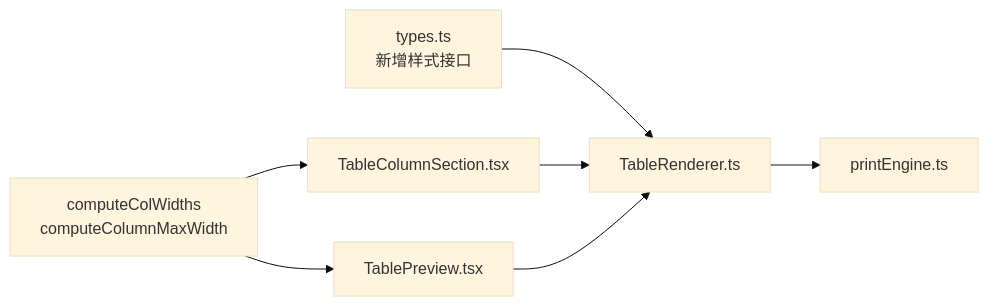
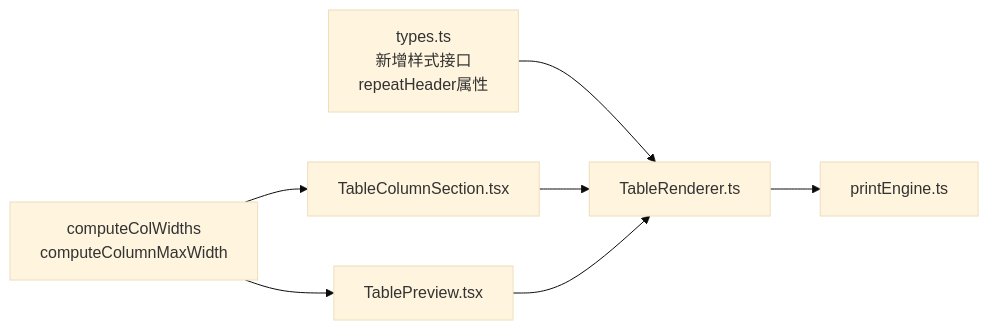
The fifth of 5 diagrams in .qoder/repowiki/zh/content/项目概述/核心特性/组件库系统/表格组件.md (joker-yjc/printer), drawn with Mermaid (base theme) before and after one commit. The commit also changed other lines of this file and 61 other files, not shown here.

````diff
--- a/.qoder/repowiki/zh/content/项目概述/核心特性/组件库系统/表格组件.md
+++ b/.qoder/repowiki/zh/content/项目概述/核心特性/组件库系统/表格组件.md
@@ -269,9 +297,9 @@
 ```mermaid
 graph LR
-Types["types.ts<br/>新增样式接口"] --> Renderer["TableRenderer.ts"]
+Types["types.ts<br/>新增样式接口<br/>repeatHeader属性"] --> Renderer["TableRenderer.ts"]
 Utils["computeColWidths<br/>computeColumnMaxWidth"] --> Preview["TablePreview.tsx"]
 Utils --> ColumnSection["TableColumnSection.tsx"]
 Renderer --> Engine["printEngine.ts"]
 ColumnSection --> Renderer
 Preview --> Renderer
 ```
````
